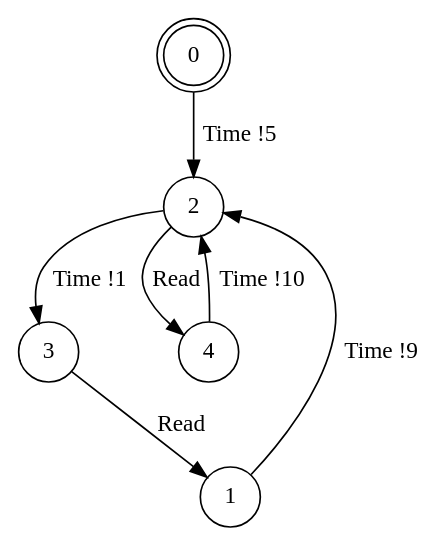
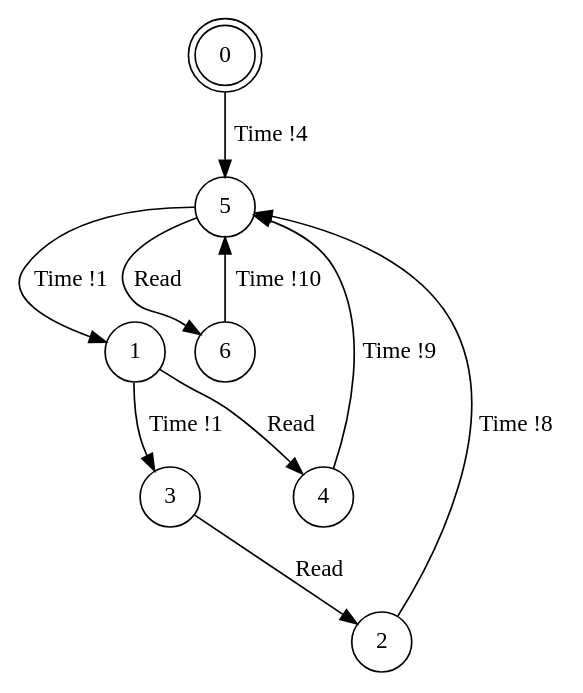
The diagram in experiments/aebs/aebs-Sensor-min.dot (irmanfaqrizal/ptsv), drawn with Graphviz before and after one commit. The commit also changed 142 other files, not shown here.

```diff
--- a/experiments/aebs/aebs-Sensor-min.dot
+++ b/experiments/aebs/aebs-Sensor-min.dot
@@ -1,12 +1,15 @@
 digraph BCG {
 size = "7, 10.5";
 center = TRUE;
 node [shape = circle];
 0 [peripheries = 2];
-0 -> 2 [label = "Time !5"];
-1 -> 2 [label = "Time !9"];
-2 -> 3 [label = "Time !1"];
-2 -> 4 [label = "Read"];
-3 -> 1 [label = "Read"];
-4 -> 2 [label = "Time !10"];
+0 -> 5 [label = "Time !4"];
+1 -> 3 [label = "Time !1"];
+1 -> 4 [label = "Read"];
+2 -> 5 [label = "Time !8"];
+3 -> 2 [label = "Read"];
+4 -> 5 [label = "Time !9"];
+5 -> 6 [label = "Read"];
+5 -> 1 [label = "Time !1"];
+6 -> 5 [label = "Time !10"];
 }
```
